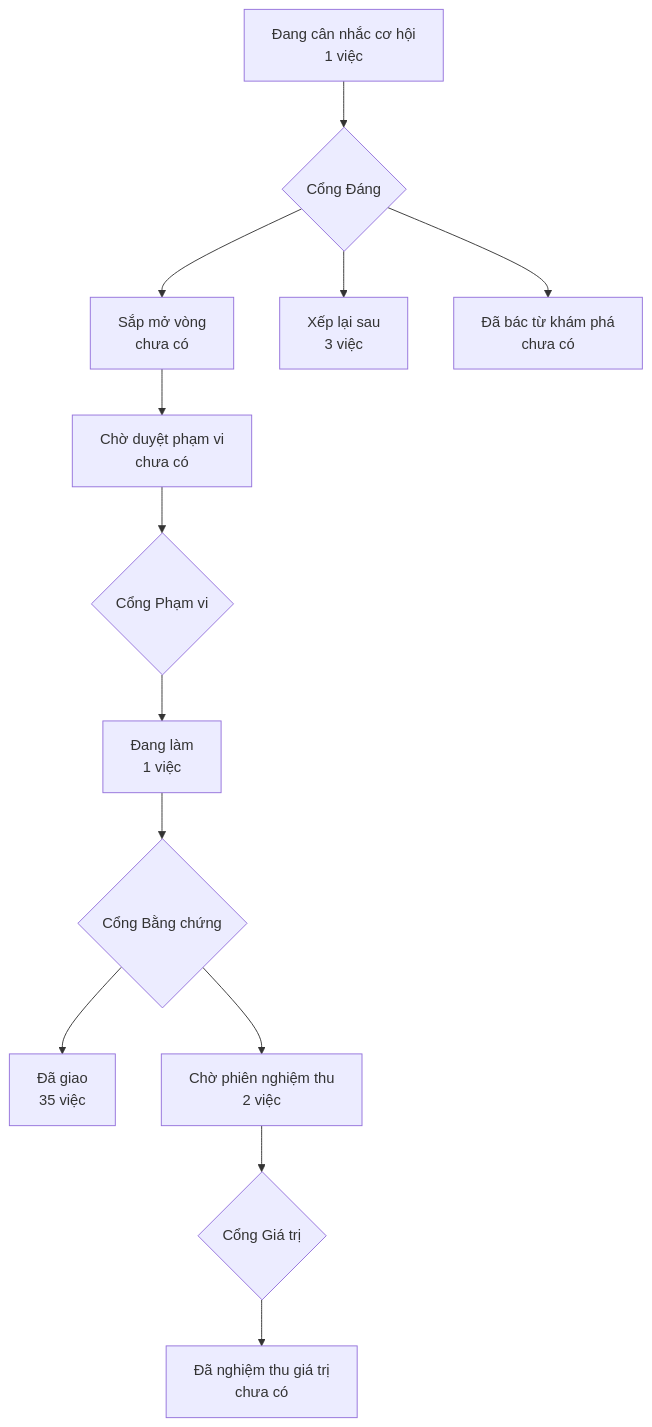
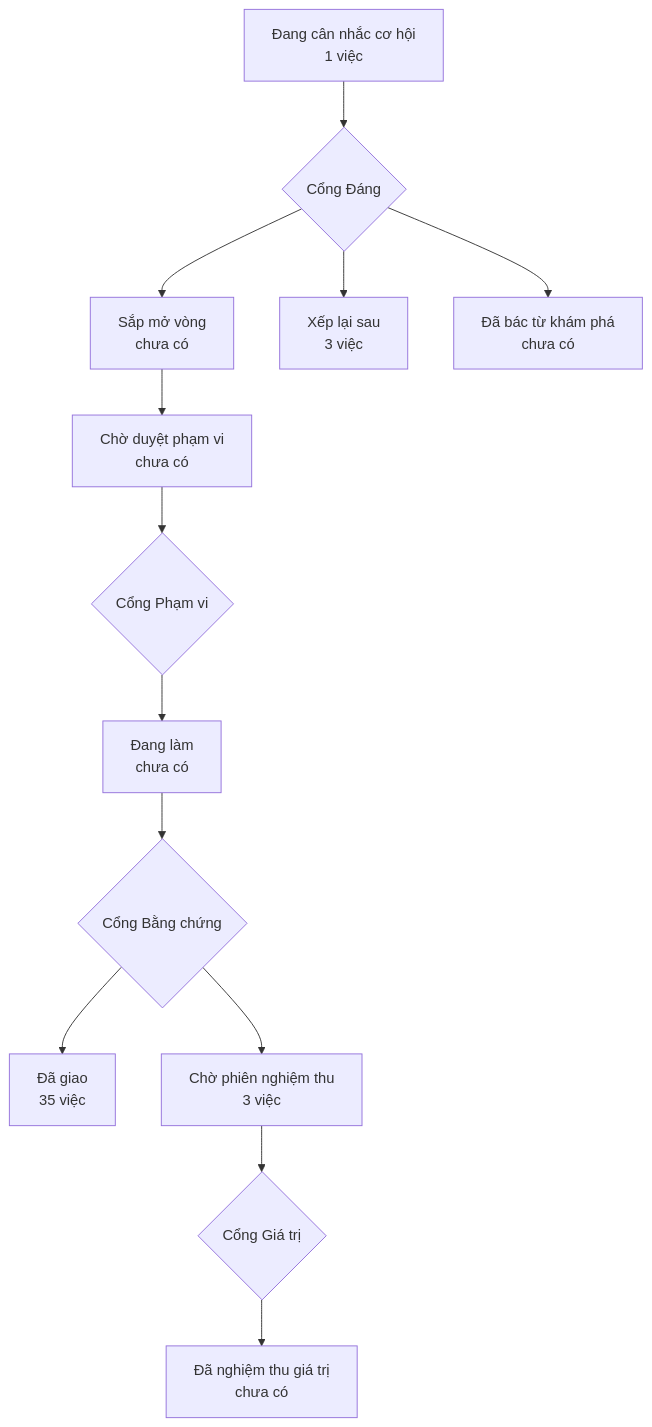
One commit to phanlemanh/OneFlow changed the diagram in PRODUCT-MAP.md. Above: the diagram before and after it, drawn with Mermaid. The commit also changed 5 other files, not shown here.

````diff
--- a/PRODUCT-MAP.md
+++ b/PRODUCT-MAP.md
@@ -6,12 +6,12 @@
 ```mermaid
 flowchart TD
   A["Đang cân nhắc cơ hội<br/>1 việc"] --> GD{"Cổng Đáng"}
   GD --> B["Sắp mở vòng<br/>chưa có"]
   GD --> XL["Xếp lại sau<br/>3 việc"]
   GD --> DB["Đã bác từ khám phá<br/>chưa có"]
   B --> CD["Chờ duyệt phạm vi<br/>chưa có"] --> GP{"Cổng Phạm vi"}
-  GP --> DL["Đang làm<br/>1 việc"] --> GB{"Cổng Bằng chứng"}
+  GP --> DL["Đang làm<br/>chưa có"] --> GB{"Cổng Bằng chứng"}
   GB --> DG["Đã giao<br/>35 việc"]
-  GB --> CN["Chờ phiên nghiệm thu<br/>2 việc"] --> GG{"Cổng Giá trị"}
+  GB --> CN["Chờ phiên nghiệm thu<br/>3 việc"] --> GG{"Cổng Giá trị"}
   GG --> NT["Đã nghiệm thu giá trị<br/>chưa có"]
 ```
````
